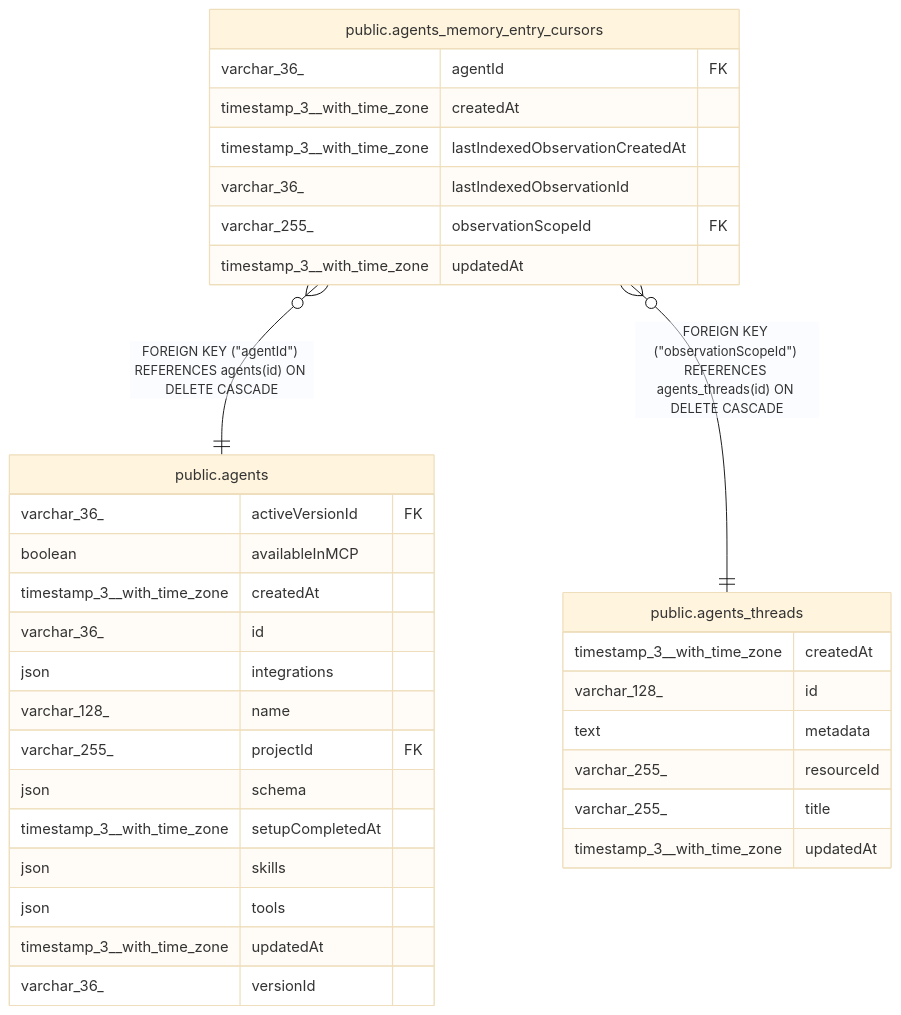
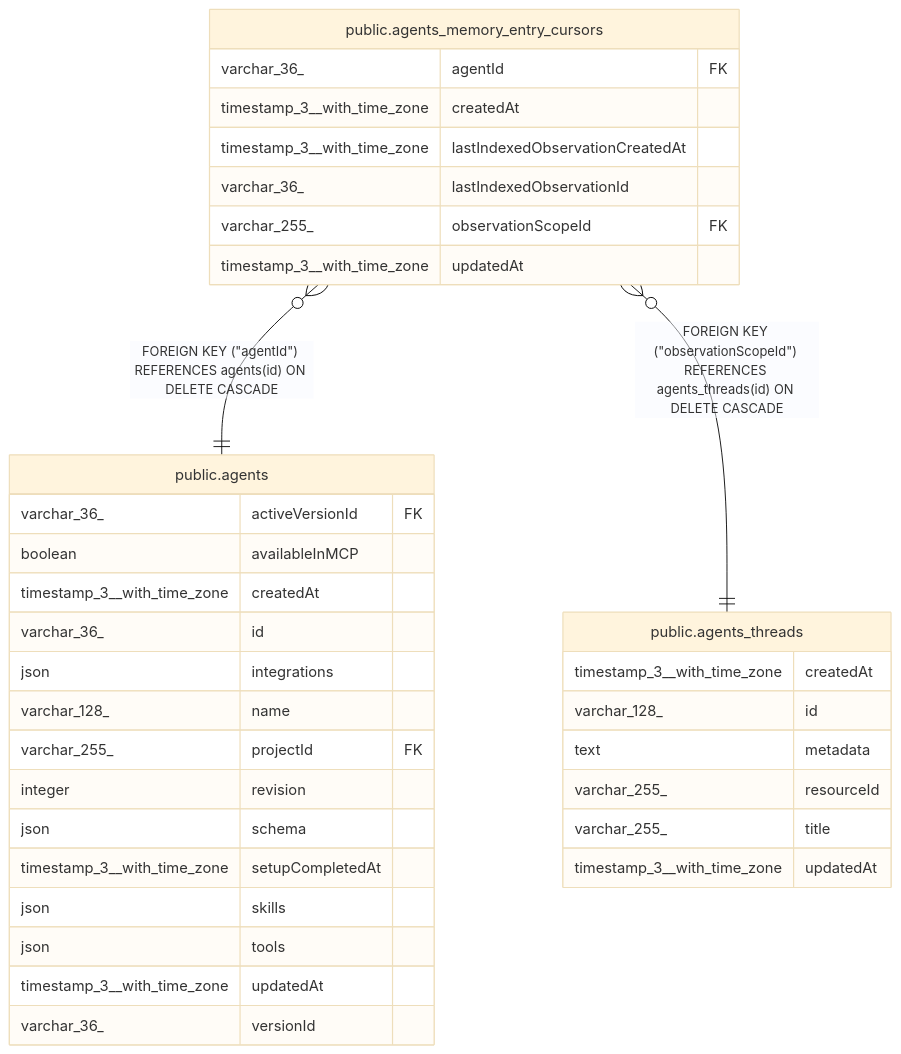
The diagram in mcp/servers/n8n/docs/generated/postgres-schema/public.agents_memory_entry_cursors.md (welcomelwd/every-skill), drawn with Mermaid (base theme) before and after one commit. The commit also changed 3196 other files, not shown here.

````diff
--- a/mcp/servers/n8n/docs/generated/postgres-schema/public.agents_memory_entry_cursors.md
+++ b/mcp/servers/n8n/docs/generated/postgres-schema/public.agents_memory_entry_cursors.md
@@ -37,38 +37,39 @@
 ```mermaid
 erDiagram
 
 "public.agents_memory_entry_cursors" }o--|| "public.agents" : "FOREIGN KEY (#quot;agentId#quot;) REFERENCES agents(id) ON DELETE CASCADE"
 "public.agents_memory_entry_cursors" }o--|| "public.agents_threads" : "FOREIGN KEY (#quot;observationScopeId#quot;) REFERENCES agents_threads(id) ON DELETE CASCADE"
 
 "public.agents_memory_entry_cursors" {
   varchar_36_ agentId FK
   timestamp_3__with_time_zone createdAt
   timestamp_3__with_time_zone lastIndexedObservationCreatedAt
   varchar_36_ lastIndexedObservationId
   varchar_255_ observationScopeId FK
   timestamp_3__with_time_zone updatedAt
 }
 "public.agents" {
   varchar_36_ activeVersionId FK
   boolean availableInMCP
   timestamp_3__with_time_zone createdAt
   varchar_36_ id
   json integrations
   varchar_128_ name
   varchar_255_ projectId FK
+  integer revision
   json schema
   timestamp_3__with_time_zone setupCompletedAt
   json skills
   json tools
   timestamp_3__with_time_zone updatedAt
   varchar_36_ versionId
 }
 "public.agents_threads" {
   timestamp_3__with_time_zone createdAt
   varchar_128_ id
   text metadata
   varchar_255_ resourceId
   varchar_255_ title
   timestamp_3__with_time_zone updatedAt
 }
 ```
````
